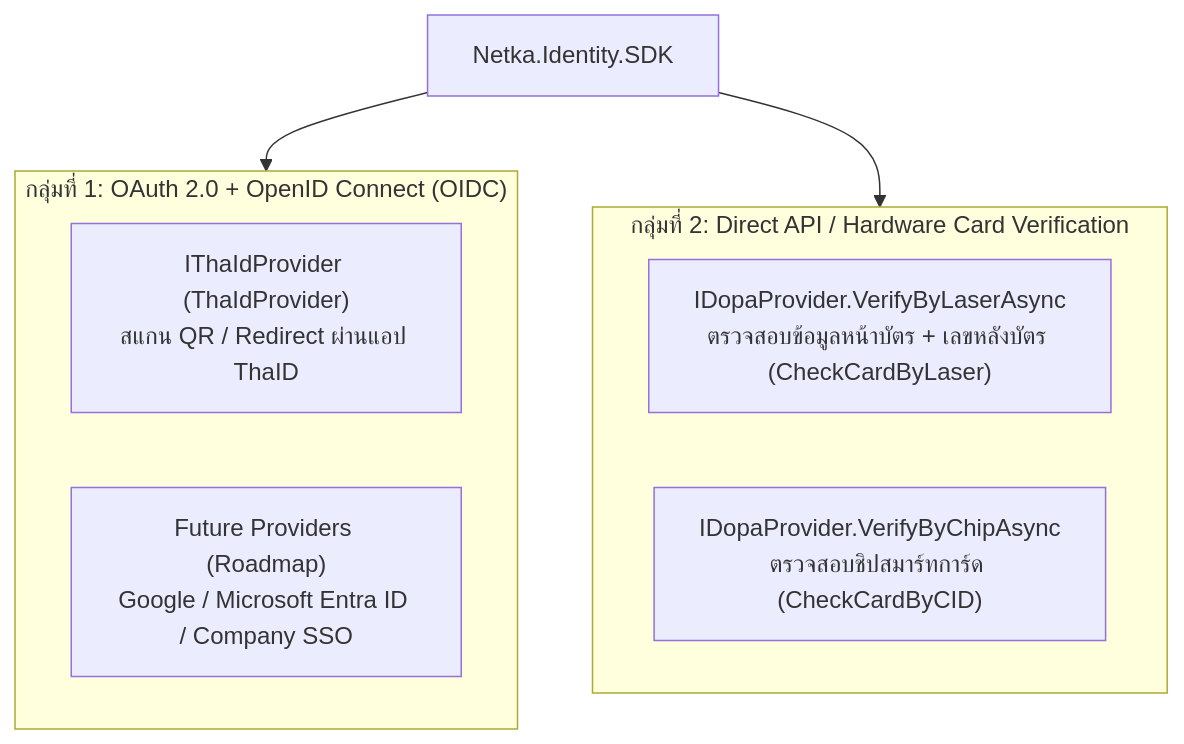
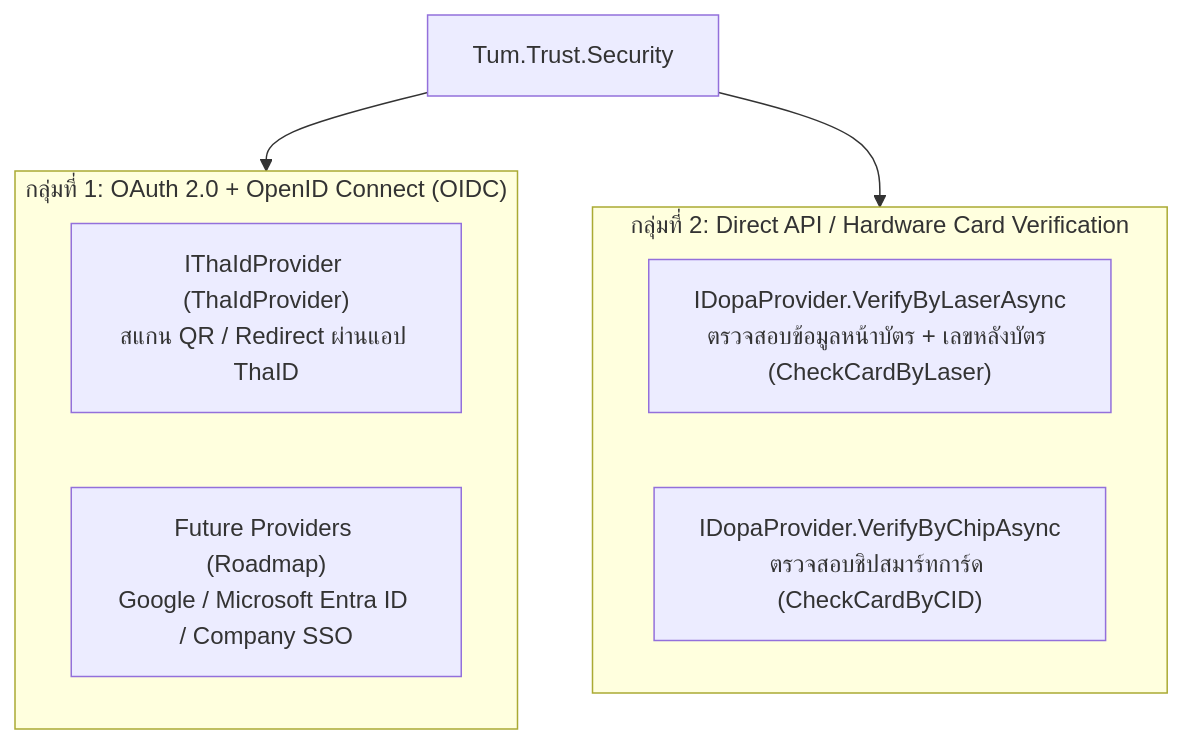
Before and after one commit to PasitTum/tum-trust-security: the diagram in ARCHITECTURE.md, drawn with Mermaid. The commit also changed other lines of this file and 72 other files, not shown here.

Commit message:
feat: complete refactoring to Tum.Trust.Security (Powered by TUM) with zero legacy references

````diff
--- a/ARCHITECTURE.md
+++ b/ARCHITECTURE.md
@@ -11,17 +11,17 @@
 ```mermaid
 flowchart TD
-    SDK["Netka.Identity.SDK"]
+    SDK["Tum.Trust.Security"]
     
     subgraph ProtocolGroup1["กลุ่มที่ 1: OAuth 2.0 + OpenID Connect (OIDC)"]
         ThaID["IThaIdProvider (ThaIdProvider)<br/>สแกน QR / Redirect ผ่านแอป ThaID"]
         FutureOAuth["Future Providers (Roadmap)<br/>Google / Microsoft Entra ID / Company SSO"]
     end
 
     subgraph ProtocolGroup2["กลุ่มที่ 2: Direct API / Hardware Card Verification"]
         DopaLaser["IDopaProvider.VerifyByLaserAsync<br/>ตรวจสอบข้อมูลหน้าบัตร + เลขหลังบัตร (CheckCardByLaser)"]
         DopaChip["IDopaProvider.VerifyByChipAsync<br/>ตรวจสอบชิปสมาร์ทการ์ด (CheckCardByCID)"]
     end
 
     SDK --> ProtocolGroup1
     SDK --> ProtocolGroup2
 ```
````
